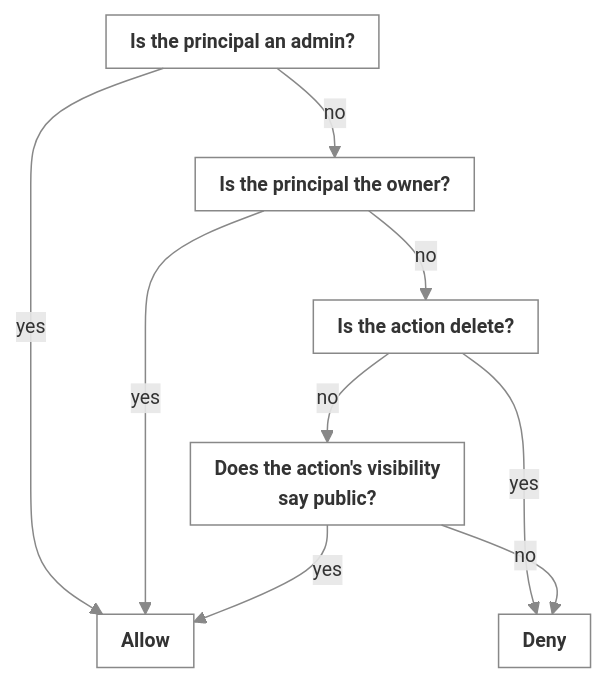
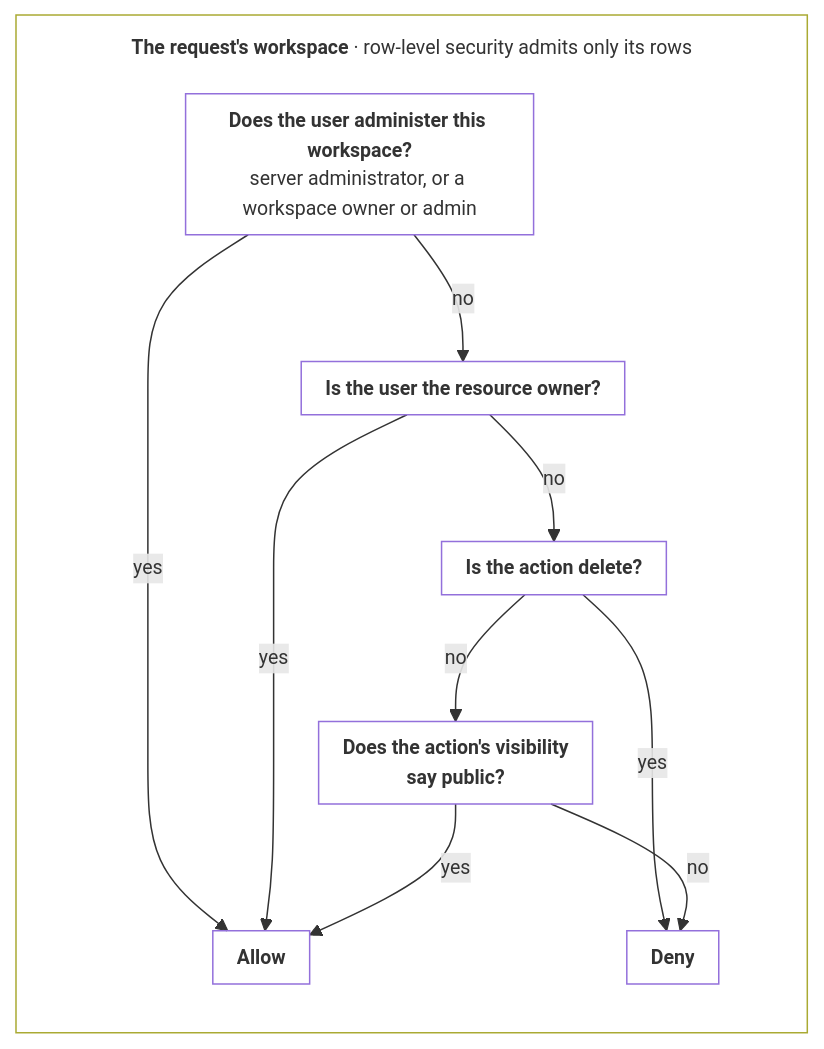
Before and after one commit to sandbox-quantum/switch: the diagram in docs/official/internals/identity-and-access.md, drawn with Mermaid. The commit also changed other lines of this file and 73 other files, not shown here.

````diff
--- a/docs/official/internals/identity-and-access.md
+++ b/docs/official/internals/identity-and-access.md
@@ -57,23 +76,26 @@
 ```mermaid
-%%{init: {'themeVariables': {'fontSize': '13px'}, 'flowchart': {'padding': 8, 'nodeSpacing': 40, 'rankSpacing': 40}}}%%
+%%{init: {'themeVariables': {'fontSize': '13px'}, 'flowchart': {'padding': 8, 'nodeSpacing': 40, 'rankSpacing': 40, 'subGraphTitleMargin': {'top': 12, 'bottom': 8}}}}%%
 flowchart TB
-  admin["<b>Is the principal an admin?</b>"]
-  owner["<b>Is the principal the owner?</b>"]
-  del["<b>Is the action delete?</b>"]
-  vis["<b>Does the action's visibility<br/>say public?</b>"]
-  allow["<b>Allow</b>"]
-  deny["<b>Deny</b>"]
+  subgraph ws["<b>The request's workspace</b> · row-level security admits only its rows"]
+    direction TB
+    admin["<b>Does the user administer this workspace?</b><br/>server administrator, or a workspace owner or admin"]
+    owner["<b>Is the user the resource owner?</b>"]
+    del["<b>Is the action delete?</b>"]
+    vis["<b>Does the action's visibility<br/>say public?</b>"]
+    allow["<b>Allow</b>"]
+    deny["<b>Deny</b>"]
 
-  admin -- yes --> allow
-  admin -- no --> owner
-  owner -- yes --> allow
-  owner -- no --> del
-  del -- yes --> deny
-  del -- no --> vis
-  vis -- yes --> allow
-  vis -- no --> deny
+    admin -- yes --> allow
+    admin -- no --> owner
+    owner -- yes --> allow
+    owner -- no --> del
+    del -- yes --> deny
+    del -- no --> vis
+    vis -- yes --> allow
+    vis -- no --> deny
+  end
 
-  classDef plain fill:none,stroke:#888888,stroke-width:1px
+  classDef plain fill:none,stroke-width:1px
   class admin,owner,del,vis,allow,deny plain
-  linkStyle default stroke:#888888
+  style ws fill:none,stroke-width:1px
 ```
````
